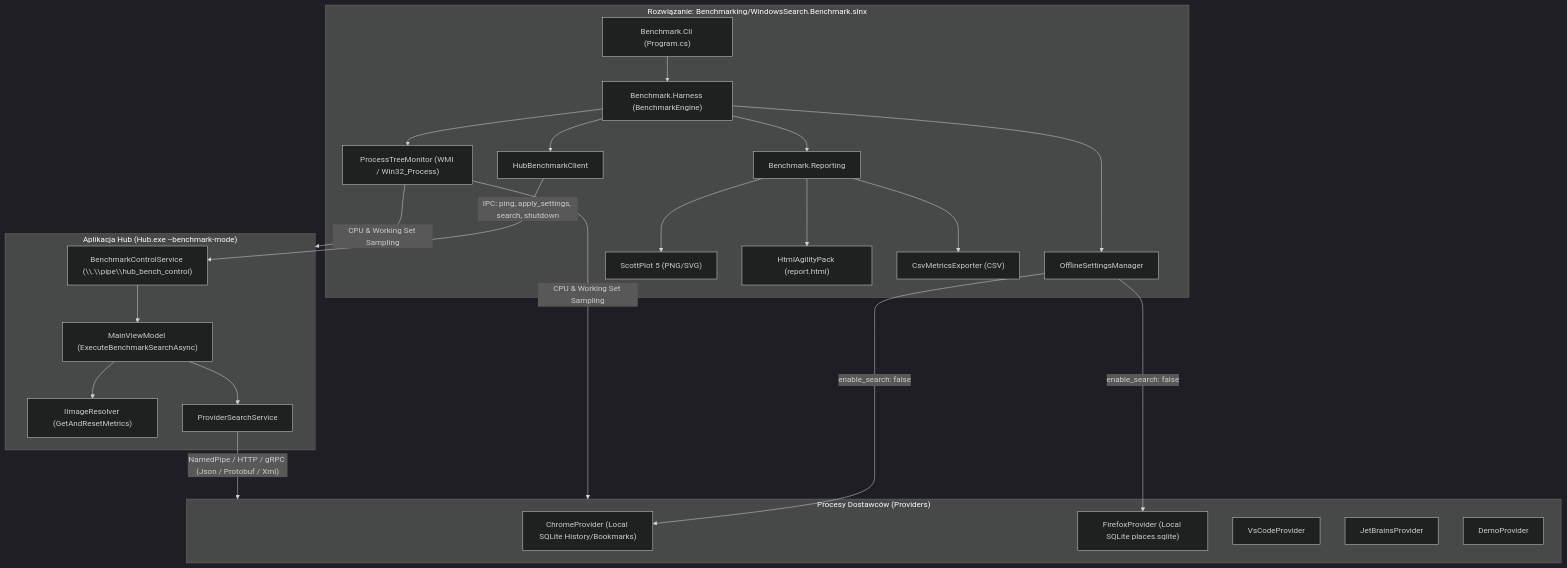
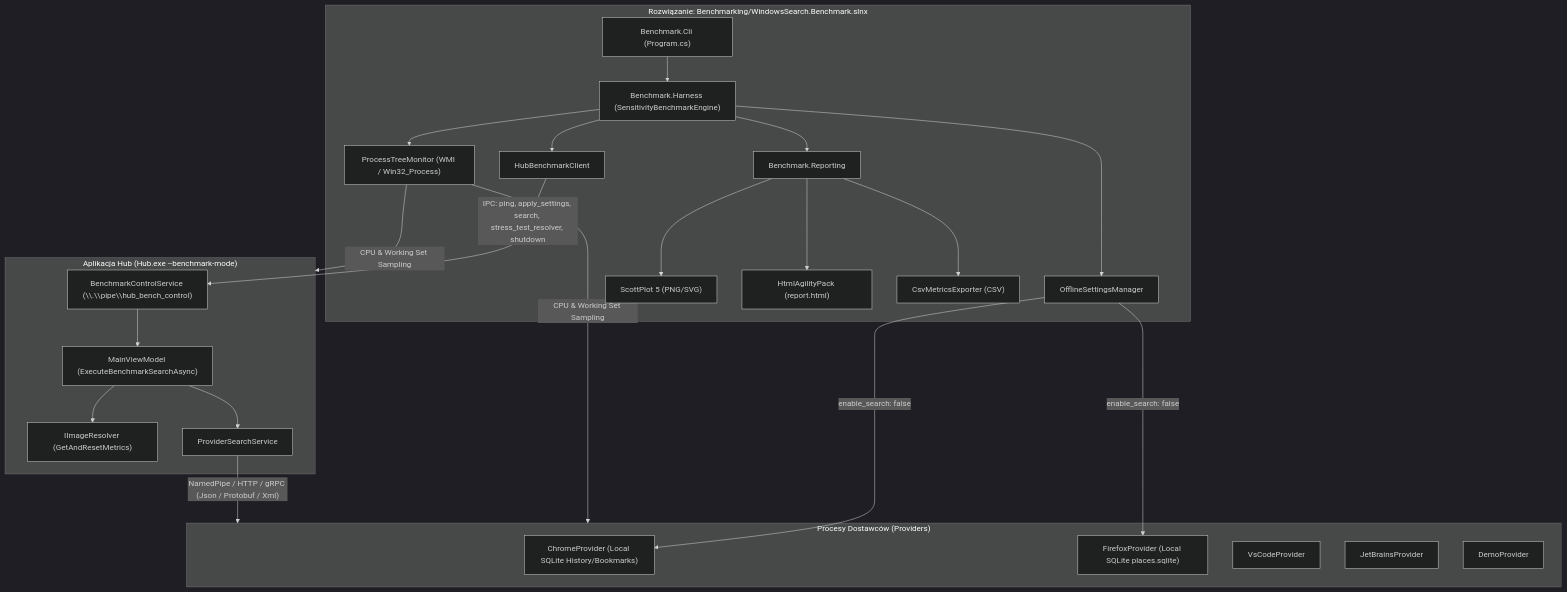
The diagram in .copilot/BENCHMARK_GUIDE.md (pawko123/WindowsSearch), drawn with Mermaid (dark theme) before and after one commit. The commit also changed other lines of this file and 27 other files, not shown here.

````diff
--- a/.copilot/BENCHMARK_GUIDE.md
+++ b/.copilot/BENCHMARK_GUIDE.md
@@ -9,47 +9,47 @@
 ```mermaid
 flowchart TD
     subgraph BenchmarkSolution["Rozwiązanie: Benchmarking/WindowsSearch.Benchmark.slnx"]
         CLI["Benchmark.Cli (Program.cs)"]
-        Harness["Benchmark.Harness (BenchmarkEngine)"]
+        Harness["Benchmark.Harness (SensitivityBenchmarkEngine)"]
         Client["HubBenchmarkClient"]
         Monitor["ProcessTreeMonitor (WMI / Win32_Process)"]
         Offline["OfflineSettingsManager"]
         Reporting["Benchmark.Reporting"]
         Charts["ScottPlot 5 (PNG/SVG)"]
         Html["HtmlAgilityPack (report.html)"]
         Csv["CsvMetricsExporter (CSV)"]
     end
 
     subgraph HubSystem["Aplikacja Hub (Hub.exe --benchmark-mode)"]
         PipeServer["BenchmarkControlService (\\.\\pipe\\hub_bench_control)"]
         VM["MainViewModel (ExecuteBenchmarkSearchAsync)"]
         ImgRes["IImageResolver (GetAndResetMetrics)"]
         SearchSvc["ProviderSearchService"]
     end
 
     subgraph ProvidersSystem["Procesy Dostawców (Providers)"]
         Chrome["ChromeProvider (Local SQLite History/Bookmarks)"]
         Firefox["FirefoxProvider (Local SQLite places.sqlite)"]
         VsCode["VsCodeProvider"]
         JetBrains["JetBrainsProvider"]
         Demo["DemoProvider"]
     end
 
     CLI --> Harness
     Harness --> Offline
     Harness --> Client
     Harness --> Monitor
     Offline -->|"enable_search: false"| Chrome
     Offline -->|"enable_search: false"| Firefox
-    Client -->|"IPC: ping, apply_settings, search, shutdown"| PipeServer
+    Client -->|"IPC: ping, apply_settings, search, stress_test_resolver, shutdown"| PipeServer
     Monitor -->|"CPU & Working Set Sampling"| HubSystem
     Monitor -->|"CPU & Working Set Sampling"| ProvidersSystem
     PipeServer --> VM
     VM --> ImgRes
     VM --> SearchSvc
     SearchSvc -->|"NamedPipe / HTTP / gRPC (Json / Protobuf / Xml)"| ProvidersSystem
     Harness --> Reporting
     Reporting --> Charts
     Reporting --> Html
     Reporting --> Csv
 ```
````
